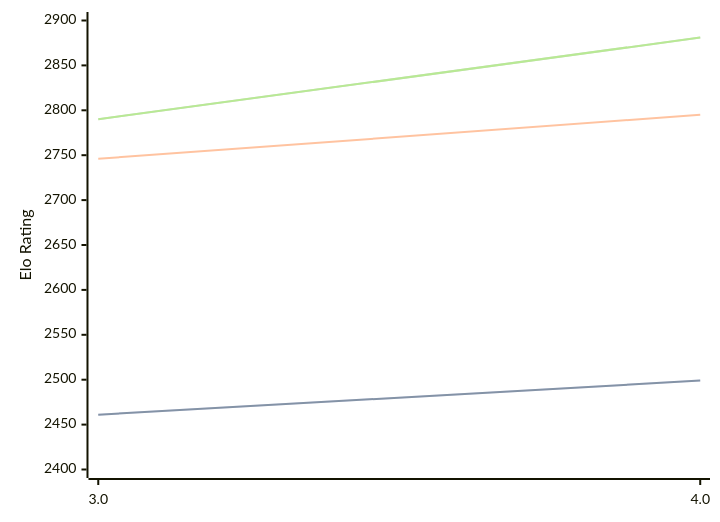
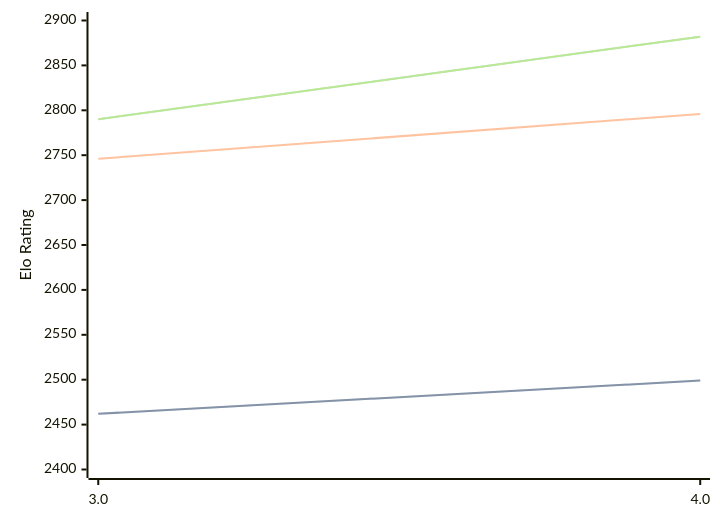
Before and after one commit to computer-chess-index/cci: the first of 3 diagrams in engines/Chess3.md, drawn with Mermaid. The commit also changed other lines of this file, not shown here.

Commit message:
Update CCI Ratings (ELO VLTC) - 2026-07-11

````diff
--- a/engines/Chess3.md
+++ b/engines/Chess3.md
@@ -34,11 +34,11 @@
 ```mermaid
 %%{init: {"theme":"base","themeVariables":{"seriesColors:['#a3a3a3','#222221','#faa371']}}}%%
 xychart-beta
   x-axis ["3.0", "4.0"]
   y-axis "Elo Rating" 2400 --> 2900
-  line "STC (8.0+0.08s)" [2461, 2499]
-  line "STC (8.0+0.08s)" [2461, 2499]
-  line "LTC (60.0+0.60s)" [2746, 2795]
-  line "VLTC (2m24s+1.12s)" [2790, 2881]
-  line "VLTC (2m24s+1.12s)" [2790, 2881]
+  line "STC (8.0+0.08s)" [2462, 2499]
+  line "STC (8.0+0.08s)" [2462, 2499]
+  line "LTC (60.0+0.60s)" [2746, 2796]
+  line "VLTC (2m24s+1.12s)" [2790, 2882]
+  line "VLTC (2m24s+1.12s)" [2790, 2882]
 ```
````
